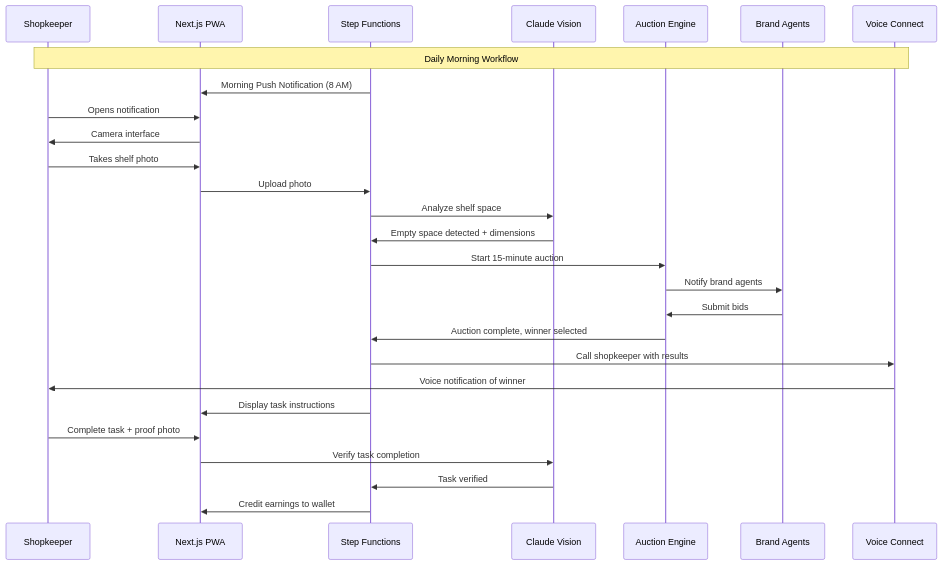
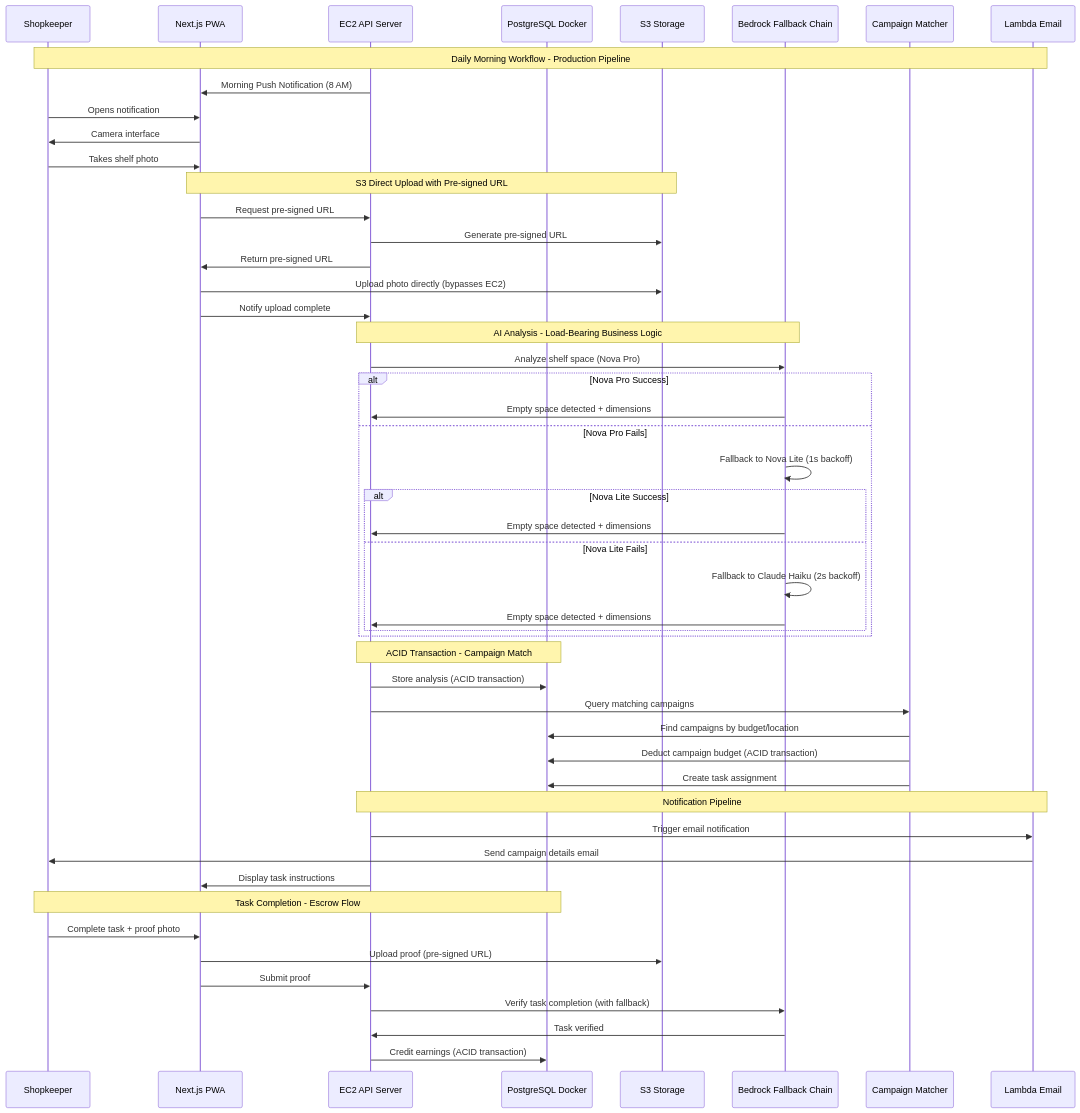
One commit to shubham-01-star/Shelf-Bidder changed the second of 2 diagrams in .kiro/specs/shelf-bidder/design.md. Above: the diagram before and after it, drawn with Mermaid. The commit also changed other lines of this file and 105 other files, not shown here.

Commit message:
feat: implement comprehensive S3 lifecycle management, Postgres database operations, API routes, and documentation for core features including campaigns, authentication, storage, and wallet functionality.

````diff
--- a/.kiro/specs/shelf-bidder/design.md
+++ b/.kiro/specs/shelf-bidder/design.md
@@ -68,30 +67,58 @@
 ```mermaid
 sequenceDiagram
     participant S as Shopkeeper
     participant PWA as Next.js PWA
-    participant SF as Step Functions
-    participant CV as Claude Vision
-    participant AE as Auction Engine
-    participant BA as Brand Agents
-    participant VC as Voice Connect
+    participant EC2 as EC2 API Server
+    participant PG as PostgreSQL Docker
+    participant S3 as S3 Storage
+    participant BED as Bedrock Fallback Chain
+    participant CM as Campaign Matcher
+    participant LAM as Lambda Email
     
-    Note over S,VC: Daily Morning Workflow
-    SF->>PWA: Morning Push Notification (8 AM)
+    Note over S,LAM: Daily Morning Workflow - Production Pipeline
+    EC2->>PWA: Morning Push Notification (8 AM)
     S->>PWA: Opens notification
     PWA->>S: Camera interface
     S->>PWA: Takes shelf photo
-    PWA->>SF: Upload photo
-    SF->>CV: Analyze shelf space
-    CV->>SF: Empty space detected + dimensions
-    SF->>AE: Start 15-minute auction
-    AE->>BA: Notify brand agents
-    BA->>AE: Submit bids
-    AE->>SF: Auction complete, winner selected
-    SF->>VC: Call shopkeeper with results
-    VC->>S: Voice notification of winner
-    SF->>PWA: Display task instructions
+    
+    Note over PWA,S3: S3 Direct Upload with Pre-signed URL
+    PWA->>EC2: Request pre-signed URL
+    EC2->>S3: Generate pre-signed URL
+    EC2->>PWA: Return pre-signed URL
+    PWA->>S3: Upload photo directly (bypasses EC2)
+    PWA->>EC2: Notify upload complete
+    
+    Note over EC2,BED: AI Analysis - Load-Bearing Business Logic
+    EC2->>BED: Analyze shelf space (Nova Pro)
+    alt Nova Pro Success
+        BED->>EC2: Empty space detected + dimensions
+    else Nova Pro Fails
+        BED->>BED: Fallback to Nova Lite (1s backoff)
+        alt Nova Lite Success
+            BED->>EC2: Empty space detected + dimensions
+        else Nova Lite Fails
+            BED->>BED: Fallback to Claude Haiku (2s backoff)
+            BED->>EC2: Empty space detected + dimensions
+        end
+    end
+    
+    Note over EC2,PG: ACID Transaction - Campaign Match
+    EC2->>PG: Store analysis (ACID transaction)
+    EC2->>CM: Query matching campaigns
+    CM->>PG: Find campaigns by budget/location
+    CM->>PG: Deduct campaign budget (ACID transaction)
+    CM->>PG: Create task assignment
+    
+    Note over EC2,LAM: Notification Pipeline
+    EC2->>LAM: Trigger email notification
+    LAM->>S: Send campaign details email
+    EC2->>PWA: Display task instructions
+    
+    Note over S,PG: Task Completion - Escrow Flow
     S->>PWA: Complete task + proof photo
-    PWA->>CV: Verify task completion
-    CV->>SF: Task verified
-    SF->>PWA: Credit earnings to wallet
+    PWA->>S3: Upload proof (pre-signed URL)
+    PWA->>EC2: Submit proof
+    EC2->>BED: Verify task completion (with fallback)
+    BED->>EC2: Task verified
+    EC2->>PG: Credit earnings (ACID transaction)
 ```
````
